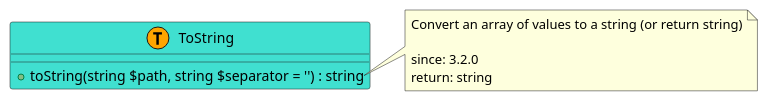
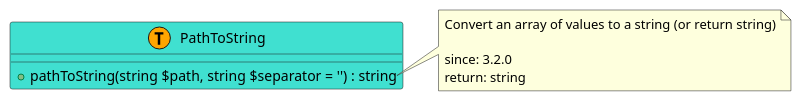
The diagram in src/7d494d91-ab60-43cd-aecf-d50e07f7f30e/README.md (joomengine/super-powers), drawn with PlantUML before and after one commit. The commit also changed other lines of this file and 53 other files, not shown here.

````diff
--- a/src/7d494d91-ab60-43cd-aecf-d50e07f7f30e/README.md
+++ b/src/7d494d91-ab60-43cd-aecf-d50e07f7f30e/README.md
@@ -12,15 +12,15 @@
 ```uml
 @startuml
-class ToString << (T,Orange) >> #Turquoise {
-  + toString(string $path, string $separator = '') : string
+class PathToString << (T,Orange) >> #Turquoise {
+  + pathToString(string $path, string $separator = '') : string
 }
 
-note right of ToString::toString
+note right of PathToString::pathToString
   Convert an array of values to a string (or return string)
 
   since: 3.2.0
   return: string
 end note
  
 @enduml
 ```
````
